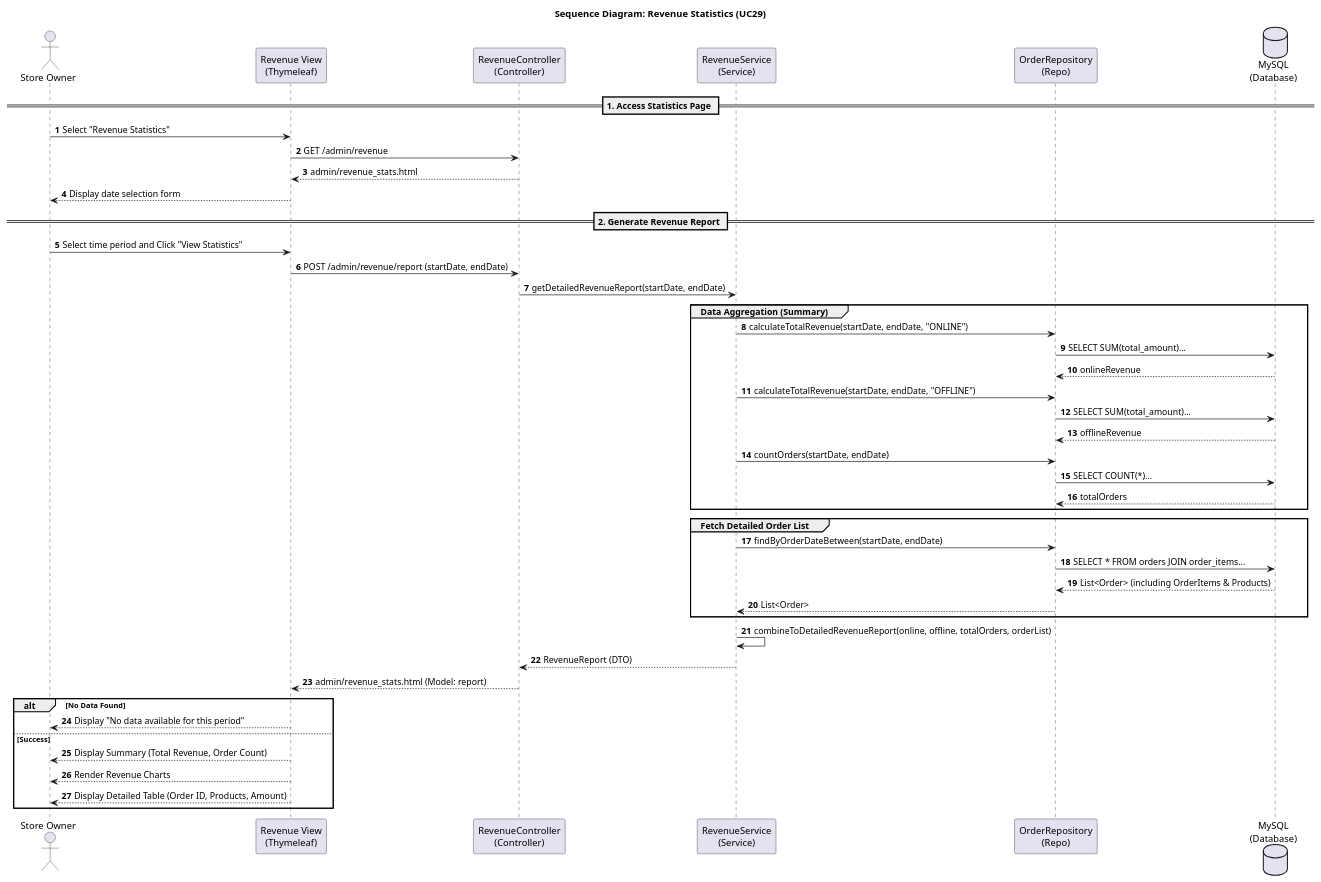
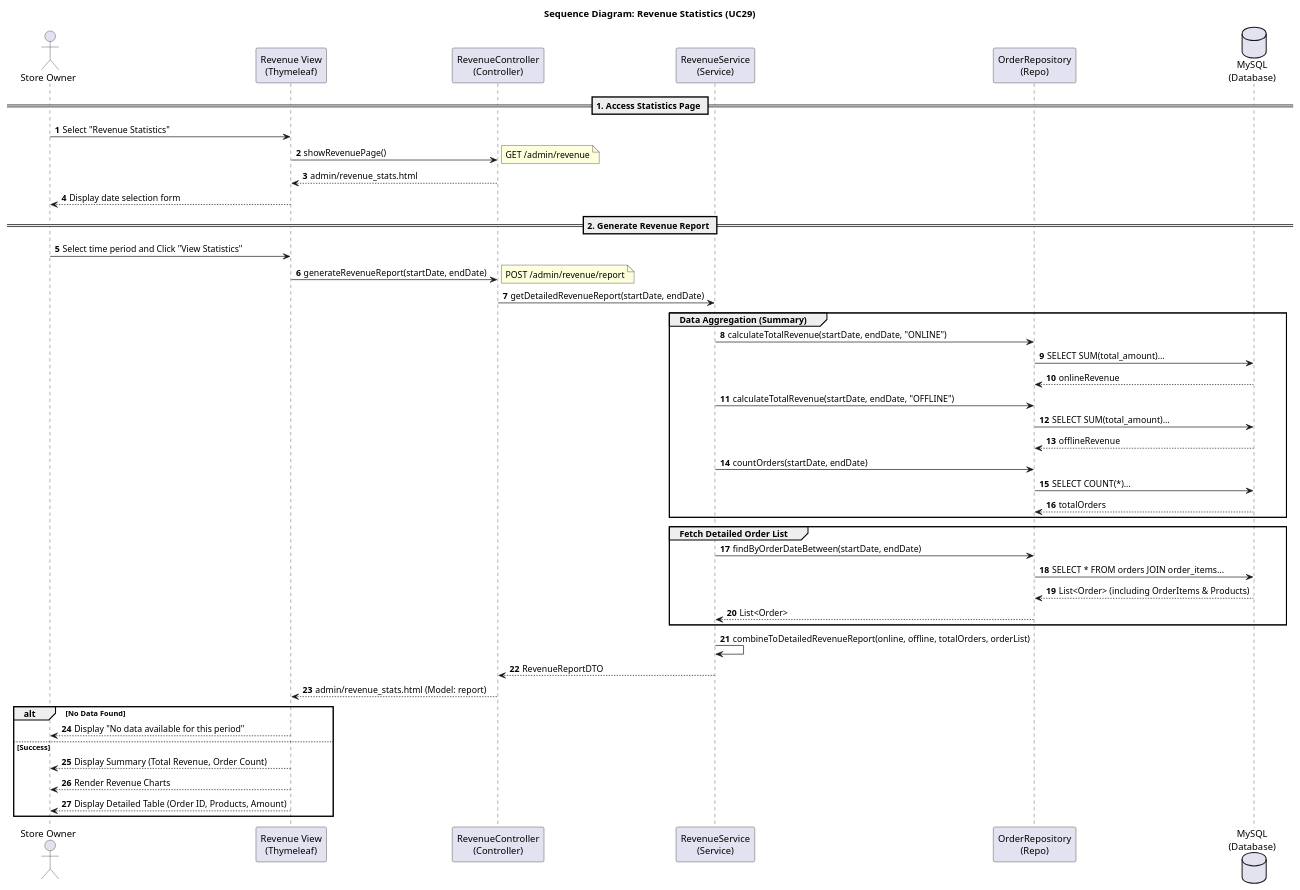
One commit to Peterdir/fashion-store-system changed the diagram in src/main/java/org/example/fashionstoresystem/uml/Sequence/SD29_RevenueStatistics.puml. Above: the diagram before and after it, drawn with PlantUML. The commit also changed 13 other files, not shown here.

Commit message:
Implement Class Diagram and Update Sequence Diagram

```diff
--- a/src/main/java/org/example/fashionstoresystem/uml/Sequence/SD29_RevenueStatistics.puml
+++ b/src/main/java/org/example/fashionstoresystem/uml/Sequence/SD29_RevenueStatistics.puml
@@ -1,58 +1,60 @@
 @startuml
 title Sequence Diagram: Revenue Statistics (UC29)
 
 autonumber
 actor "Store Owner" as Owner
 participant "Revenue View\n(Thymeleaf)" as View
 participant "RevenueController\n(Controller)" as Controller
 participant "RevenueService\n(Service)" as Service
 participant "OrderRepository\n(Repo)" as OrderRepo
 database "MySQL\n(Database)" as DB
 
 == 1. Access Statistics Page ==
 
 Owner -> View : Select "Revenue Statistics"
-View -> Controller : GET /admin/revenue
+View -> Controller : showRevenuePage()
+note right: GET /admin/revenue
 Controller --> View : admin/revenue_stats.html
 View --> Owner : Display date selection form
 
 == 2. Generate Revenue Report ==
 
 Owner -> View : Select time period and Click "View Statistics"
-View -> Controller : POST /admin/revenue/report (startDate, endDate)
+View -> Controller : generateRevenueReport(startDate, endDate)
+note right: POST /admin/revenue/report
 Controller -> Service : getDetailedRevenueReport(startDate, endDate)
 
 group Data Aggregation (Summary)
     Service -> OrderRepo : calculateTotalRevenue(startDate, endDate, "ONLINE")
     OrderRepo -> DB : SELECT SUM(total_amount)...
     DB --> OrderRepo : onlineRevenue
     
     Service -> OrderRepo : calculateTotalRevenue(startDate, endDate, "OFFLINE")
     OrderRepo -> DB : SELECT SUM(total_amount)...
     DB --> OrderRepo : offlineRevenue
     
     Service -> OrderRepo : countOrders(startDate, endDate)
     OrderRepo -> DB : SELECT COUNT(*)...
     DB --> OrderRepo : totalOrders
 end
 
 group Fetch Detailed Order List
     Service -> OrderRepo : findByOrderDateBetween(startDate, endDate)
     OrderRepo -> DB : SELECT * FROM orders JOIN order_items...
     DB --> OrderRepo : List<Order> (including OrderItems & Products)
     OrderRepo --> Service : List<Order>
 end
 
 Service -> Service : combineToDetailedRevenueReport(online, offline, totalOrders, orderList)
-Service --> Controller : RevenueReport (DTO)
+Service --> Controller : RevenueReportDTO
 Controller --> View : admin/revenue_stats.html (Model: report)
 
 alt No Data Found
     View --> Owner : Display "No data available for this period"
 else Success
     View --> Owner : Display Summary (Total Revenue, Order Count)
     View --> Owner : Render Revenue Charts
     View --> Owner : Display Detailed Table (Order ID, Products, Amount)
 end
 
 @enduml
```
